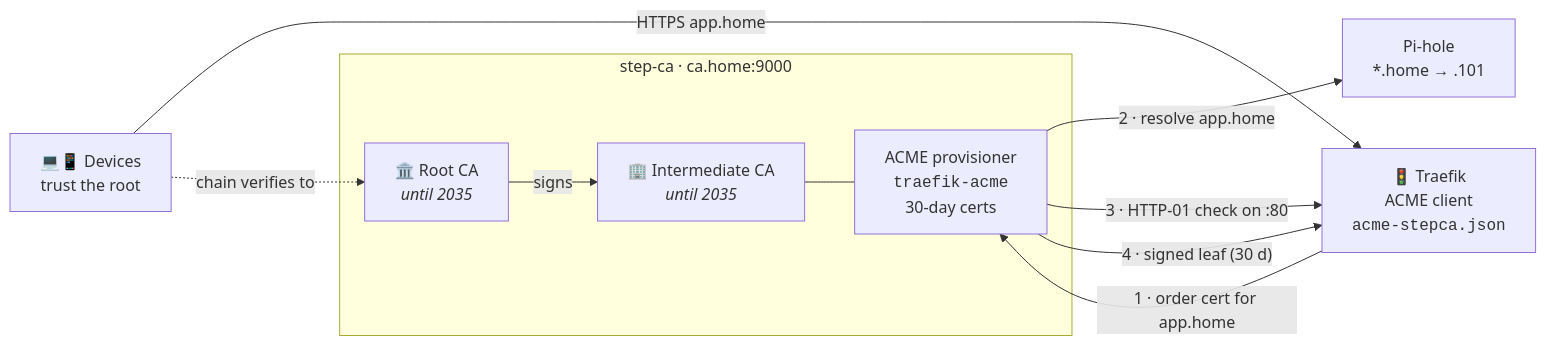
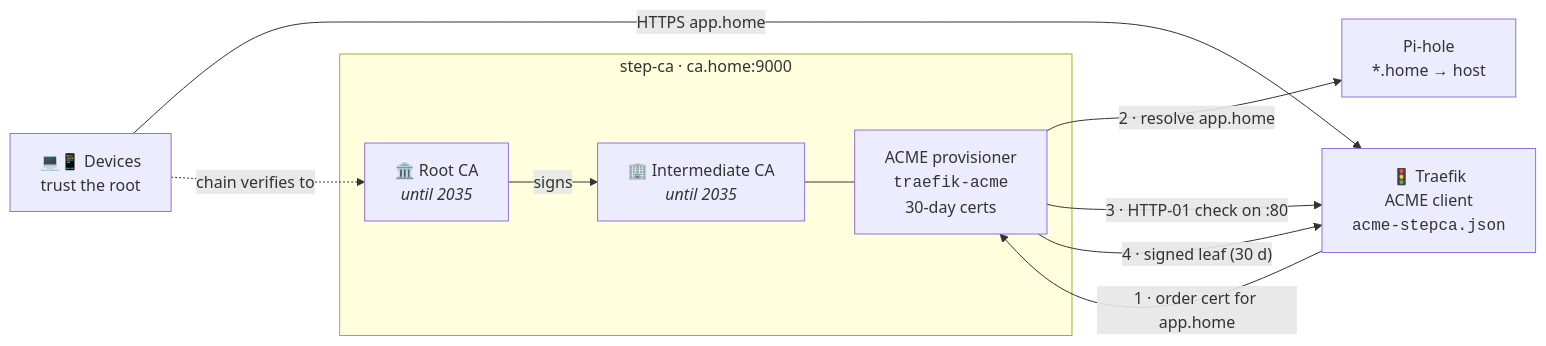
One commit to xabim/homelab changed the third of 3 diagrams in README.md. Above: the diagram before and after it, drawn with Mermaid. The commit also changed other lines of this file and 7 other files, not shown here.

````diff
--- a/README.md
+++ b/README.md
@@ -195,18 +195,18 @@
 ```mermaid
 flowchart LR
     subgraph pki["step-ca · ca.home:9000"]
         root["🏛️ Root CA<br/><i>until 2035</i>"] -- signs --> inter["🏢 Intermediate CA<br/><i>until 2035</i>"]
         acme["ACME provisioner<br/><code>traefik-acme</code><br/>30-day certs"]
         inter --- acme
     end
     traefik["🚦 Traefik<br/>ACME client<br/><code>acme-stepca.json</code>"]
-    pihole["Pi-hole<br/>*.home → .101"]
+    pihole["Pi-hole<br/>*.home → host"]
     device["💻📱 Devices<br/>trust the root"]
 
     traefik -- "1 · order cert for app.home" --> acme
     acme -- "2 · resolve app.home" --> pihole
     acme -- "3 · HTTP-01 check on :80" --> traefik
     acme -- "4 · signed leaf (30 d)" --> traefik
     device -- "HTTPS app.home" --> traefik
     device -. "chain verifies to" .-> root
 ```
````
